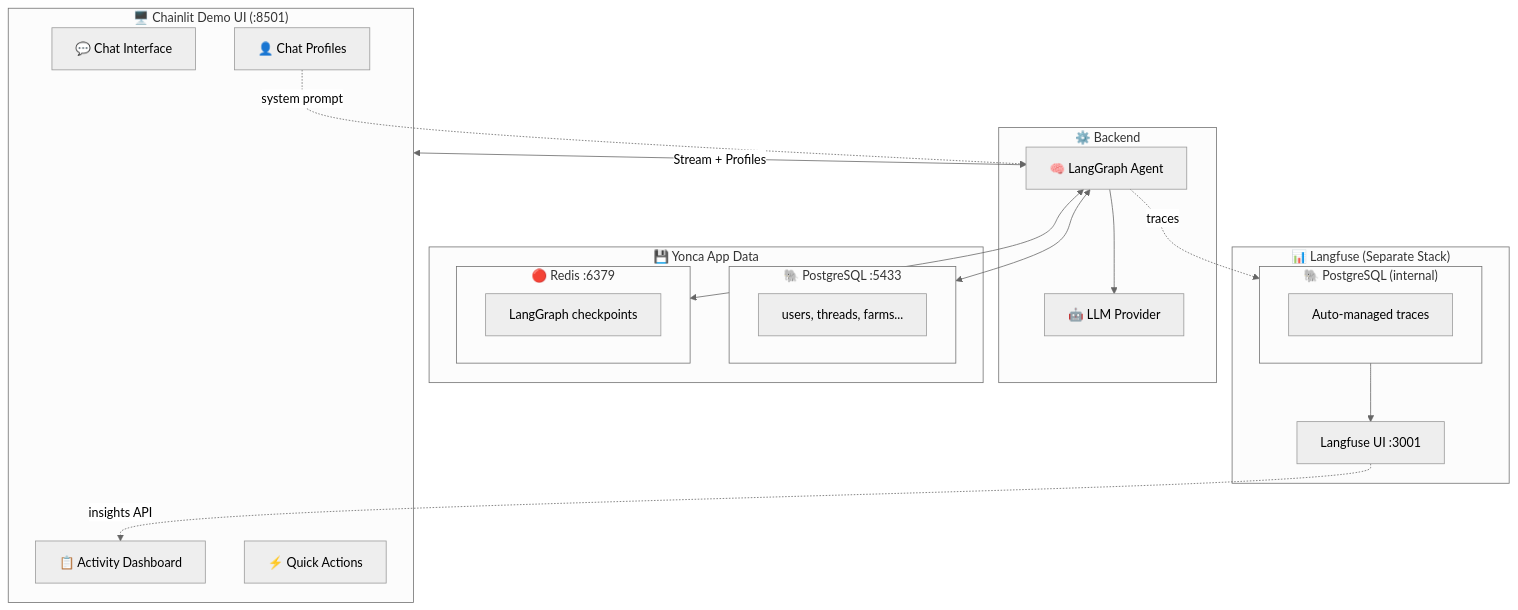
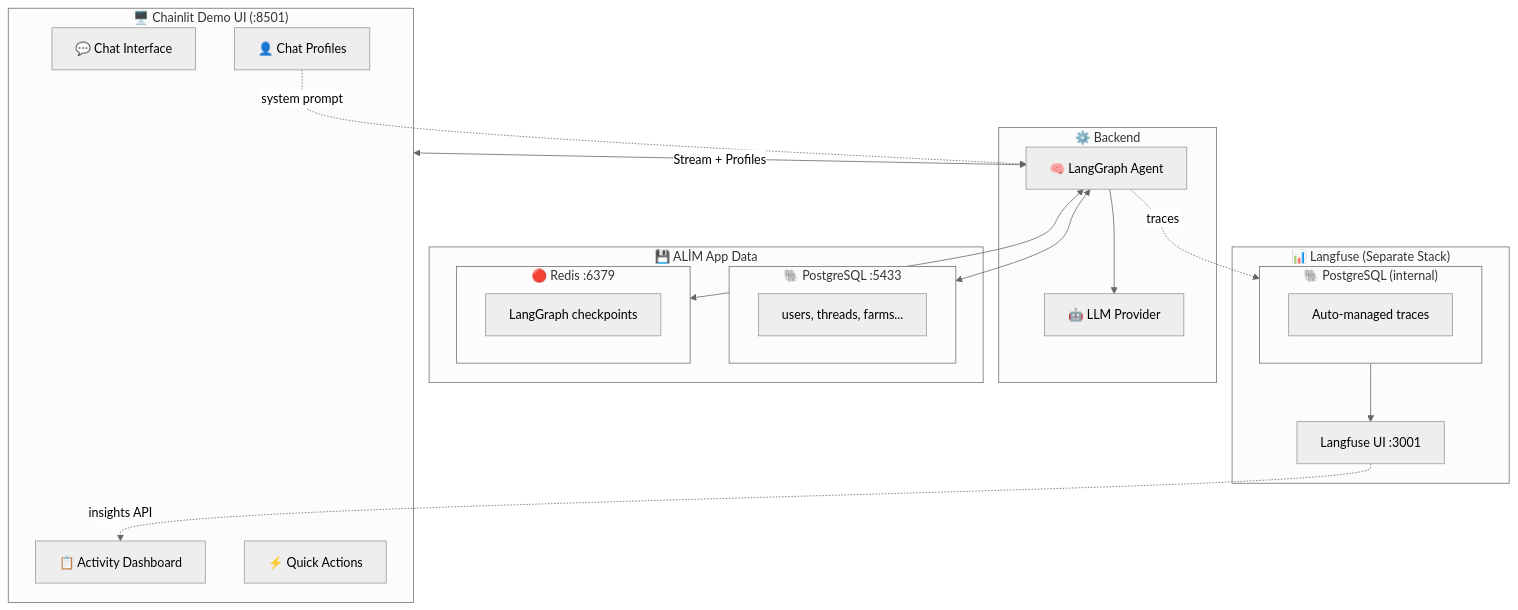
The diagram in docs/zekalab/11-CHAINLIT-UI.md (Px8Studio/yonja), drawn with Mermaid before and after one commit. The commit also changed other lines of this file and 259 other files, not shown here.

````diff
--- a/docs/zekalab/11-CHAINLIT-UI.md
+++ b/docs/zekalab/11-CHAINLIT-UI.md
@@ -32,40 +32,40 @@
 ```mermaid
 %%{init: {'theme': 'neutral'}}%%
 flowchart TB
     subgraph ui["🖥️ Chainlit Demo UI (:8501)"]
         chat["💬 Chat Interface"]
         sidebar["📋 Activity Dashboard"]
         actions["⚡ Quick Actions"]
         profiles["👤 Chat Profiles"]
     end
 
     subgraph backend["⚙️ Backend"]
         agent["🧠 LangGraph Agent"]
         llm["🤖 LLM Provider"]
     end
 
-    subgraph appdata["💾 Yonca App Data"]
+    subgraph appdata["💾 ALİM App Data"]
         subgraph pg_app["🐘 PostgreSQL :5433"]
             app_tables["users, threads, farms..."]
         end
         subgraph redis_app["🔴 Redis :6379"]
             checkpoints["LangGraph checkpoints"]
         end
     end
 
     subgraph observe["📊 Langfuse (Separate Stack)"]
         subgraph pg_langfuse["🐘 PostgreSQL (internal)"]
             traces["Auto-managed traces"]
         end
         langfuse_ui["Langfuse UI :3001"]
     end
 
     ui <-->|"Stream + Profiles"| agent
     agent --> llm
     agent <--> redis_app
     agent <--> pg_app
     agent -.->|"traces"| pg_langfuse
     pg_langfuse --> langfuse_ui
     langfuse_ui -.->|"insights API"| sidebar
     profiles -.->|"system prompt"| agent
 ```
````
